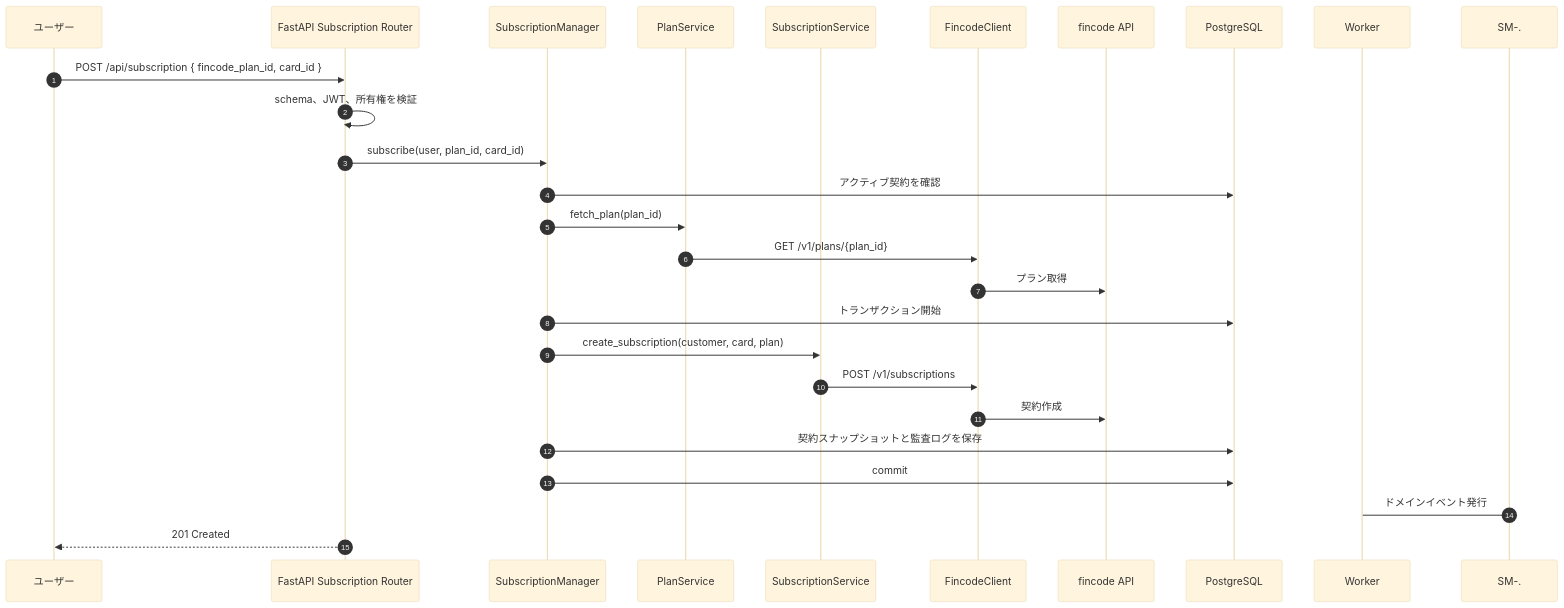
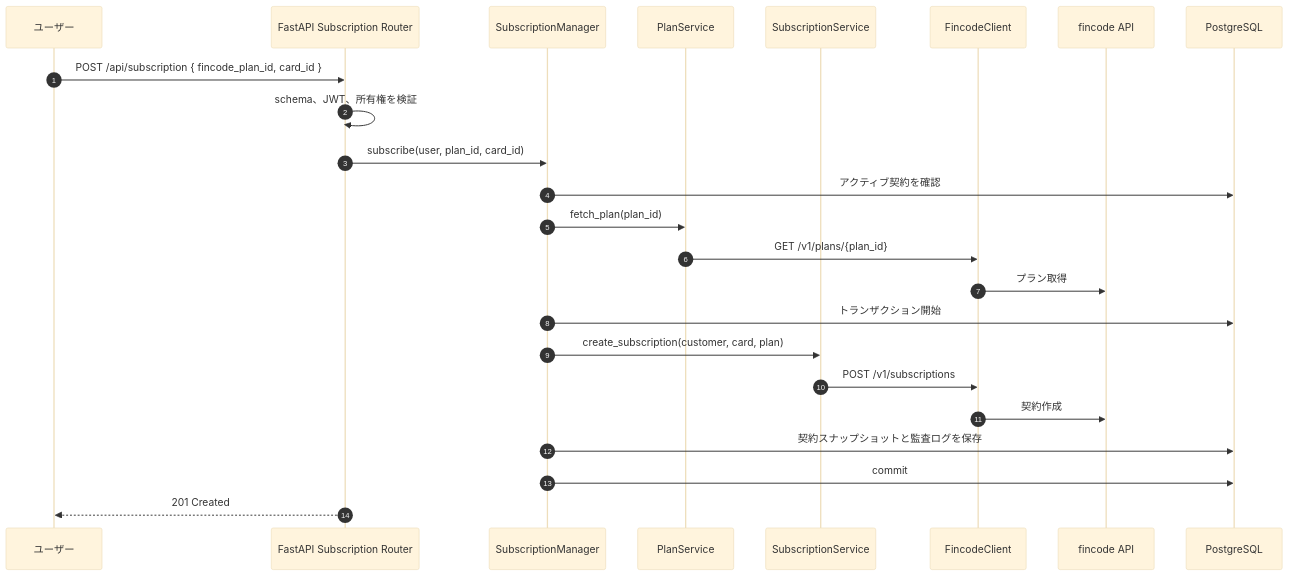
Before and after one commit to mathu-fn/fincode-subscription-starter: the third of 3 diagrams in docs/architecture/overview.md, drawn with Mermaid (base theme). The commit also changed other lines of this file and 4 other files, not shown here.

First line of the commit message:
docs: refresh architecture/testing/deployment notes and add configuration reference

````diff
--- a/docs/architecture/overview.md
+++ b/docs/architecture/overview.md
@@ -87,29 +86,27 @@
 ```mermaid
 sequenceDiagram
     autonumber
     participant U as ユーザー
     participant API as FastAPI Subscription Router
     participant SM as SubscriptionManager
     participant PS as PlanService
     participant SS as SubscriptionService
     participant FC as FincodeClient
     participant FA as fincode API
     participant DB as PostgreSQL
-    participant W as Worker
 
     U->>API: POST /api/subscription { fincode_plan_id, card_id }
     API->>API: schema、JWT、所有権を検証
     API->>SM: subscribe(user, plan_id, card_id)
     SM->>DB: アクティブ契約を確認
     SM->>PS: fetch_plan(plan_id)
     PS->>FC: GET /v1/plans/{plan_id}
     FC->>FA: プラン取得
     SM->>DB: トランザクション開始
     SM->>SS: create_subscription(customer, card, plan)
     SS->>FC: POST /v1/subscriptions
     FC->>FA: 契約作成
     SM->>DB: 契約スナップショットと監査ログを保存
     SM->>DB: commit
-    SM-.->W: ドメインイベント発行
     API-->>U: 201 Created
 ```
````
